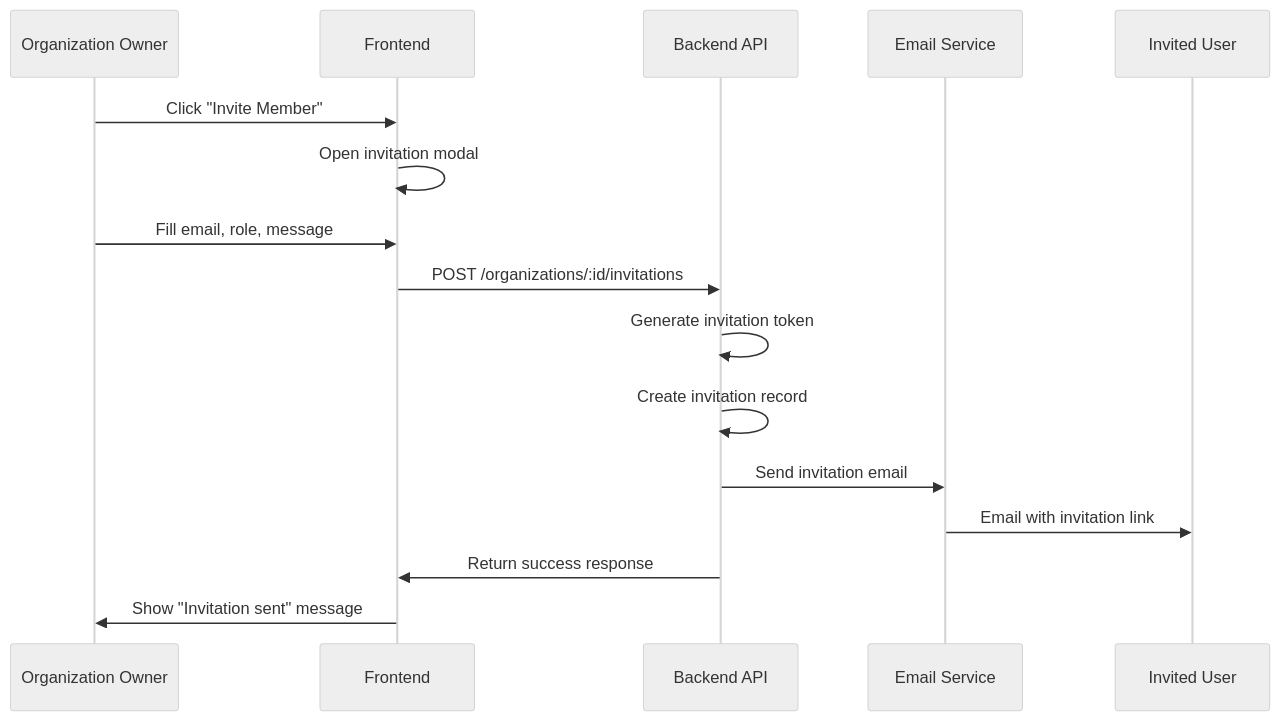
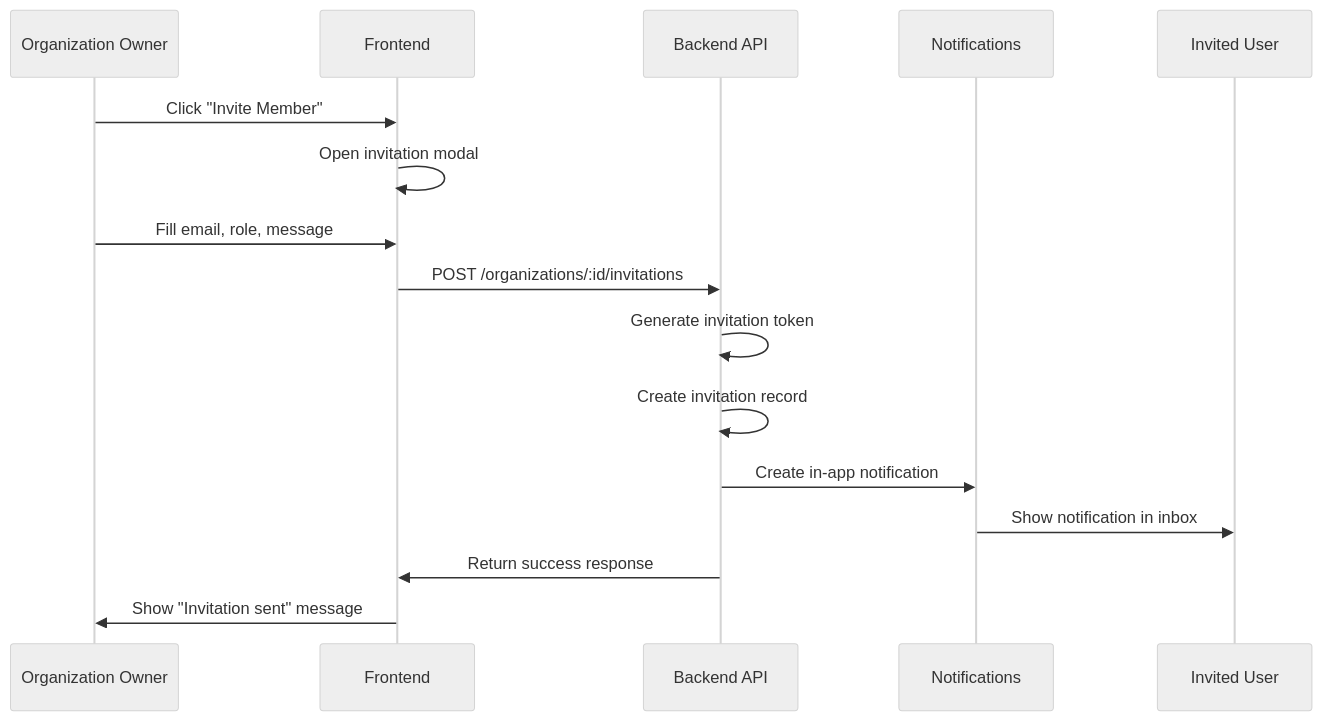
Before and after one commit to not-joosh/jynx: the first of 3 diagrams in libs/data/src/lib/documentation/organization-invitations.md, drawn with Mermaid (neutral theme). The commit also changed other lines of this file and 46 other files, not shown here.

````diff
--- a/libs/data/src/lib/documentation/organization-invitations.md
+++ b/libs/data/src/lib/documentation/organization-invitations.md
@@ -267,19 +267,19 @@
 ```mermaid
 sequenceDiagram
     participant O as Organization Owner
     participant F as Frontend
     participant B as Backend API
-    participant E as Email Service
+    participant N as Notifications
     participant I as Invited User
 
     O->>F: Click "Invite Member"
     F->>F: Open invitation modal
     O->>F: Fill email, role, message
     F->>B: POST /organizations/:id/invitations
     B->>B: Generate invitation token
     B->>B: Create invitation record
-    B->>E: Send invitation email
-    E->>I: Email with invitation link
+    B->>N: Create in-app notification
+    N->>I: Show notification in inbox
     B->>F: Return success response
     F->>O: Show "Invitation sent" message
 ```
````
